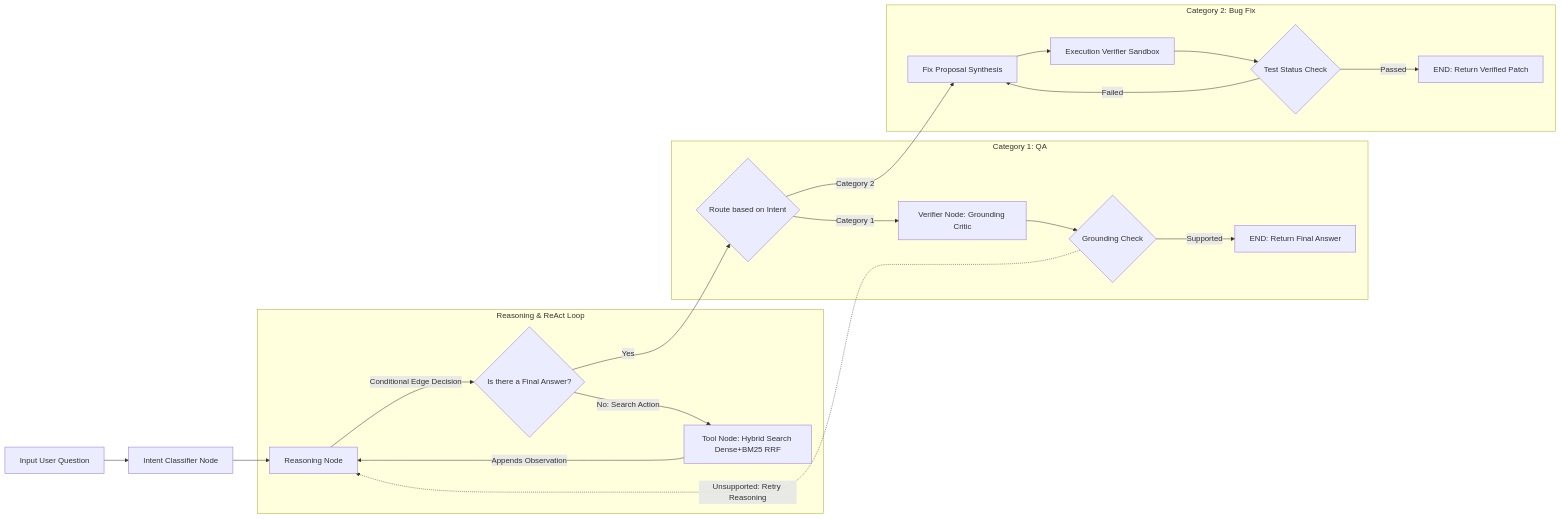
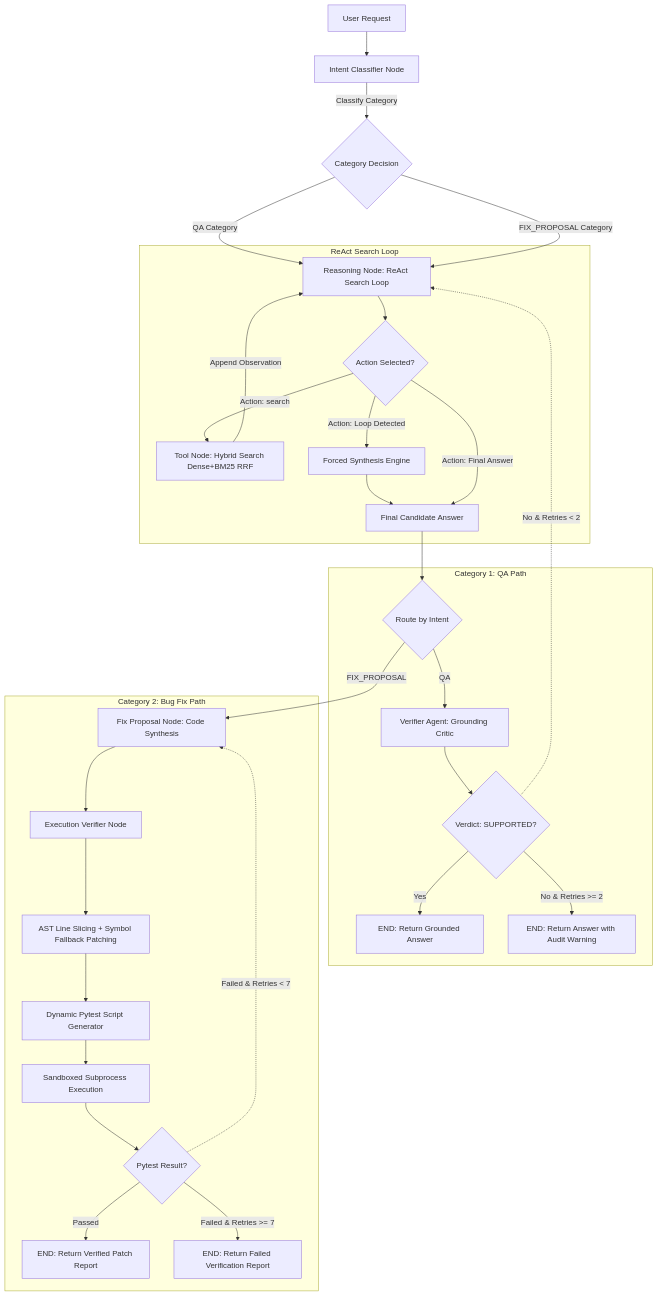
One commit to dhruvkachhela/AI-coding-agent changed the diagram in README.md. Above: the diagram before and after it, drawn with Mermaid. The commit also changed other lines of this file and 3 other files, not shown here.

````diff
--- a/README.md
+++ b/README.md
@@ -24,29 +25,39 @@
 ```mermaid
-graph LR
-    A[Input User Question] --> B[Intent Classifier Node]
-    B --> C
+graph TD
+    A[User Request] --> B[Intent Classifier Node]
+    B -->|Classify Category| C{Category Decision}
     
-    subgraph Reasoning & ReAct Loop
-    C[Reasoning Node]
-    C -->|Conditional Edge Decision| D{Is there a Final Answer?}
-    D -->|No: Search Action| E[Tool Node: Hybrid Search Dense+BM25 RRF]
-    E -->|Appends Observation| C
+    C -->|QA Category| D[Reasoning Node: ReAct Search Loop]
+    C -->|FIX_PROPOSAL Category| D
+    
+    subgraph ReAct Search Loop
+    D --> E{Action Selected?}
+    E -->|Action: search| F[Tool Node: Hybrid Search Dense+BM25 RRF]
+    F -->|Append Observation| D
+    E -->|Action: Loop Detected| G[Forced Synthesis Engine]
+    G --> H[Final Candidate Answer]
+    E -->|Action: Final Answer| H
     end
     
-    D -->|Yes| F{Route based on Intent}
+    H --> I{Route by Intent}
     
-    subgraph Category 1: QA
-    F -->|Category 1| G[Verifier Node: Grounding Critic]
-    G --> H{Grounding Check}
-    H -.->|Unsupported: Retry Reasoning| C
-    H -->|Supported| I[END: Return Final Answer]
+    subgraph Category 1: QA Path
+    I -->|QA| J[Verifier Agent: Grounding Critic]
+    J --> K{Verdict: SUPPORTED?}
+    K -->|Yes| L[END: Return Grounded Answer]
+    K -.->|No & Retries < 2| D
+    K -->|No & Retries >= 2| M[END: Return Answer with Audit Warning]
     end
     
-    subgraph Category 2: Bug Fix
-    F -->|Category 2| J[Fix Proposal Synthesis]
-    J --> K[Execution Verifier Sandbox]
-    K --> L{Test Status Check}
-    L -->|Failed| J
-    L -->|Passed| M[END: Return Verified Patch]
+    subgraph Category 2: Bug Fix Path
+    I -->|FIX_PROPOSAL| N[Fix Proposal Node: Code Synthesis]
+    N --> O[Execution Verifier Node]
+    O --> P[AST Line Slicing + Symbol Fallback Patching]
+    P --> Q[Dynamic Pytest Script Generator]
+    Q --> R[Sandboxed Subprocess Execution]
+    R --> S{Pytest Result?}
+    S -->|Passed| T[END: Return Verified Patch Report]
+    S -.->|Failed & Retries < 7| N
+    S -->|Failed & Retries >= 7| U[END: Return Failed Verification Report]
     end
 ```
````
